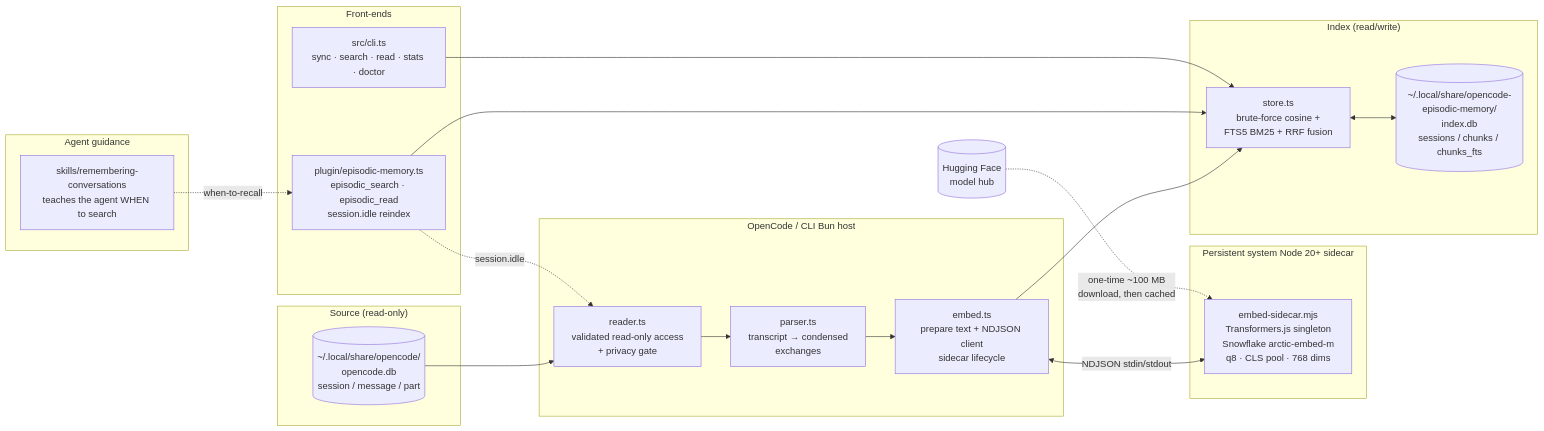
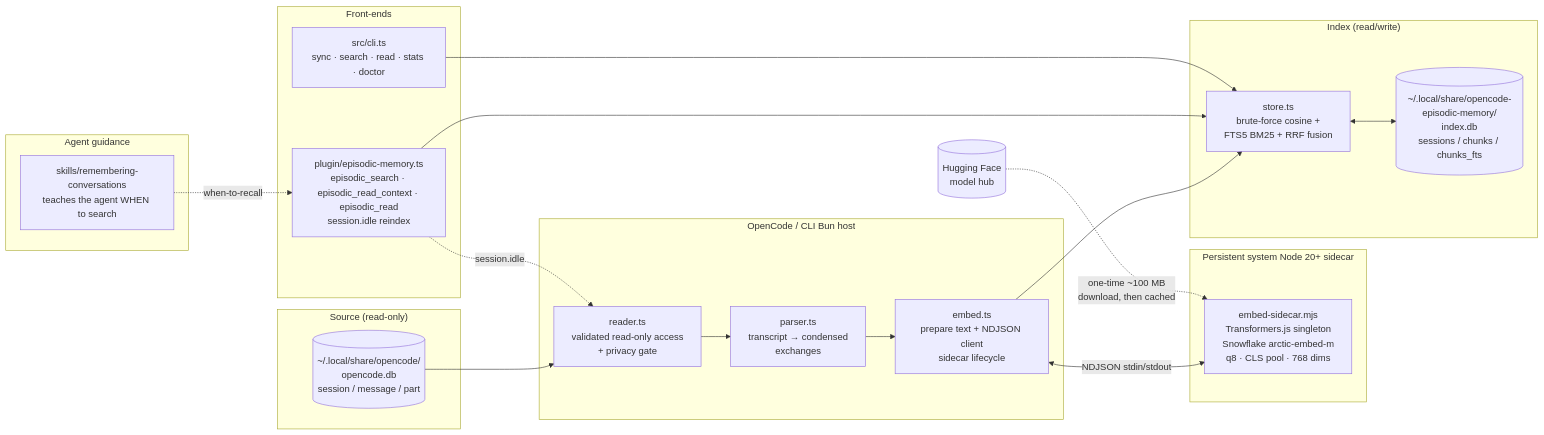
One commit to robertn702/opencode-episodic-memory changed the first of 3 diagrams in ARCHITECTURE.md. Above: the diagram before and after it, drawn with Mermaid. The commit also changed other lines of this file and 14 other files, not shown here.

Commit message:
feat: add bounded episodic context reads

````diff
--- a/ARCHITECTURE.md
+++ b/ARCHITECTURE.md
@@ -18,41 +18,41 @@
 ```mermaid
 flowchart LR
     subgraph Source["Source (read-only)"]
         OCDB[("~/.local/share/opencode/<br/>opencode.db<br/>session / message / part")]
     end
 
     subgraph BunHost["OpenCode / CLI Bun host"]
         R[reader.ts<br/>validated read-only access<br/>+ privacy gate]
         P[parser.ts<br/>transcript → condensed<br/>exchanges]
         E[embed.ts<br/>prepare text + NDJSON client<br/>sidecar lifecycle]
     end
 
     subgraph NodeSidecar["Persistent system Node 20+ sidecar"]
         ES[embed-sidecar.mjs<br/>Transformers.js singleton<br/>Snowflake arctic-embed-m<br/>q8 · CLS pool · 768 dims]
     end
 
     subgraph Index["Index (read/write)"]
         IDB[("~/.local/share/opencode-episodic-memory/<br/>index.db<br/>sessions / chunks / chunks_fts")]
         S[store.ts<br/>brute-force cosine +<br/>FTS5 BM25 + RRF fusion]
     end
 
     subgraph Frontends["Front-ends"]
-        PLG[plugin/episodic-memory.ts<br/>episodic_search · episodic_read<br/>session.idle reindex]
+        PLG[plugin/episodic-memory.ts<br/>episodic_search · episodic_read_context · episodic_read<br/>session.idle reindex]
         CLI[src/cli.ts<br/>sync · search · read · stats · doctor]
     end
 
     subgraph Skill["Agent guidance"]
         SK[skills/remembering-conversations<br/>teaches the agent WHEN to search]
     end
 
     OCDB --> R --> P --> E
     E <-->|NDJSON stdin/stdout| ES
     E --> S
     S <--> IDB
     PLG --> S
     CLI --> S
     PLG -.->|session.idle| R
     SK -.when-to-recall.-> PLG
 
     HF[(Hugging Face<br/>model hub)] -.one-time ~100 MB<br/>download, then cached.-> ES
 ```
````
